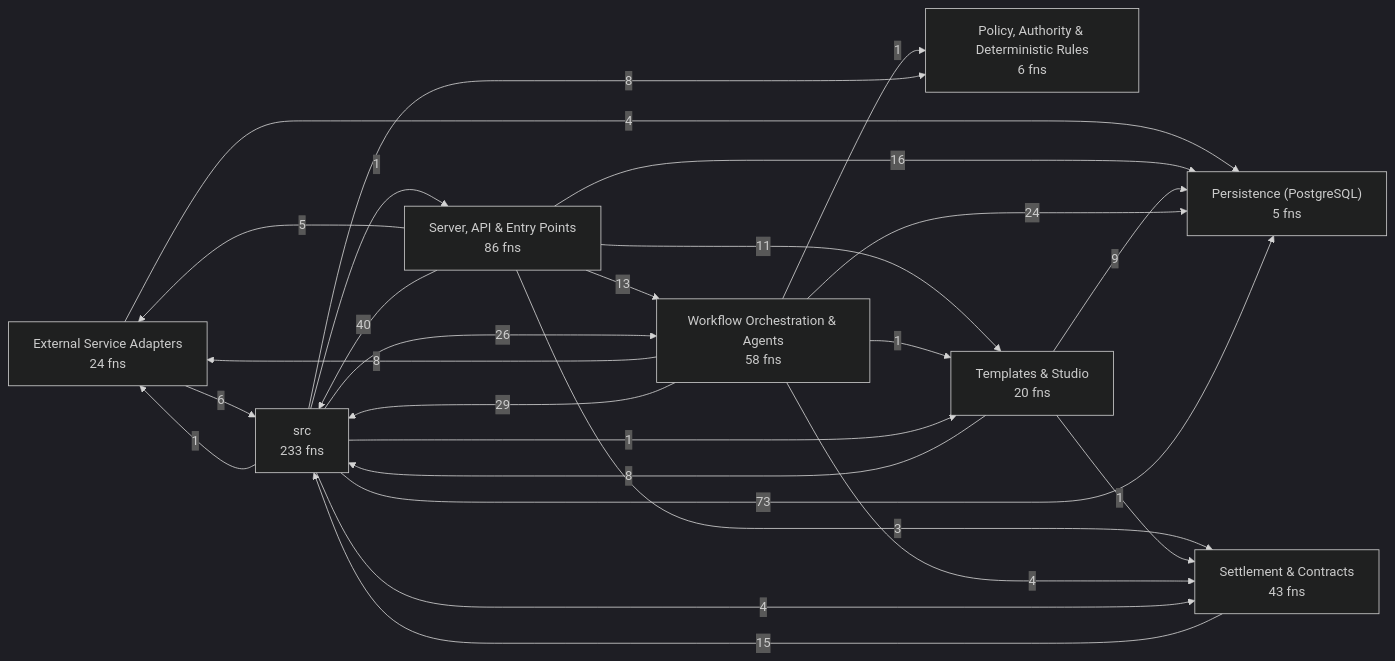
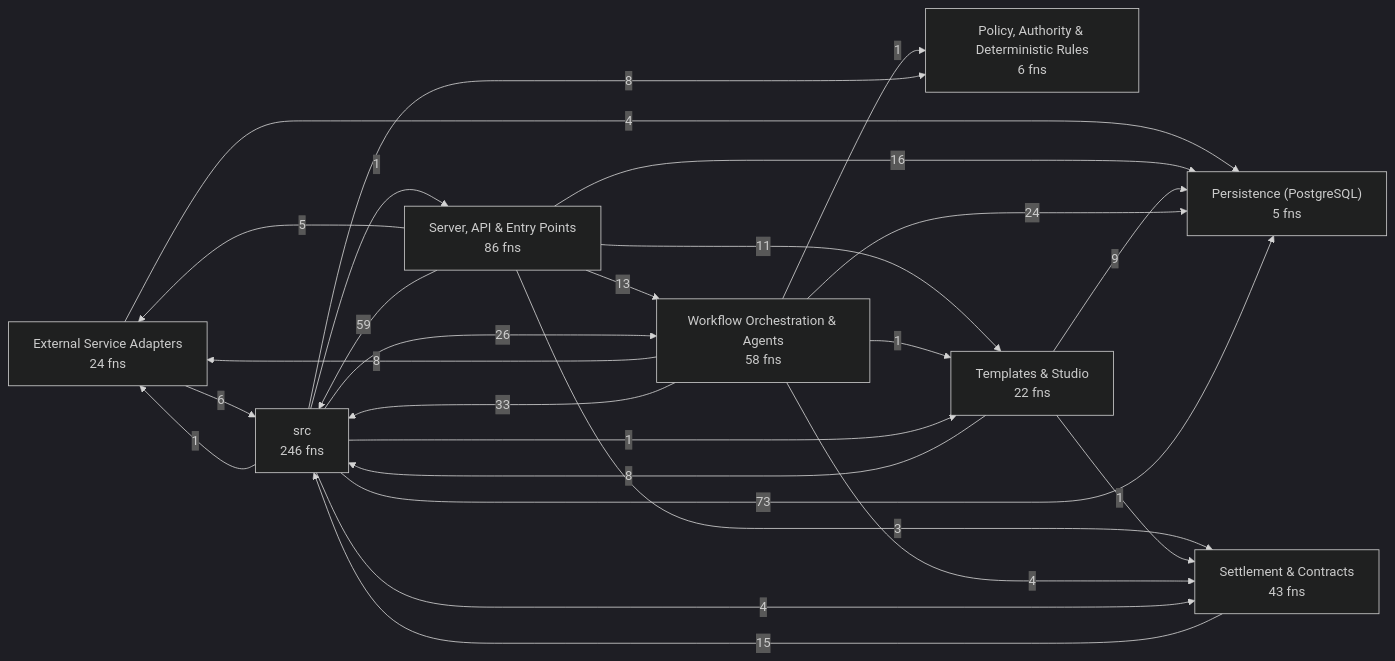
Before and after one commit to Jaydearcadian/bind: the first of 8 diagrams in docs/CODEBASE_MAP.md, drawn with Mermaid (dark theme). The commit also changed other lines of this file and 13 other files, not shown here.

````diff
--- a/docs/CODEBASE_MAP.md
+++ b/docs/CODEBASE_MAP.md
@@ -12,36 +12,36 @@
 ```mermaid
 flowchart LR
   L0["External Service Adapters<br/>24 fns"]
   L1["Persistence (PostgreSQL)<br/>5 fns"]
   L2["Policy, Authority & Deterministic Rules<br/>6 fns"]
   L3["Server, API & Entry Points<br/>86 fns"]
   L4["Settlement & Contracts<br/>43 fns"]
-  L5["Templates & Studio<br/>20 fns"]
+  L5["Templates & Studio<br/>22 fns"]
   L6["Workflow Orchestration & Agents<br/>58 fns"]
-  L7["src<br/>233 fns"]
+  L7["src<br/>246 fns"]
   L0 -->|4| L1
   L0 -->|6| L7
   L3 -->|5| L0
   L3 -->|16| L1
   L3 -->|3| L4
   L3 -->|11| L5
   L3 -->|13| L6
-  L3 -->|40| L7
+  L3 -->|59| L7
   L4 -->|15| L7
   L5 -->|9| L1
   L5 -->|1| L4
   L5 -->|8| L7
   L6 -->|8| L0
   L6 -->|24| L1
   L6 -->|1| L2
   L6 -->|4| L4
   L6 -->|1| L5
-  L6 -->|29| L7
+  L6 -->|33| L7
   L7 -->|1| L0
   L7 -->|73| L1
   L7 -->|8| L2
   L7 -->|1| L3
   L7 -->|4| L4
   L7 -->|1| L5
   L7 -->|26| L6
 ```
````
